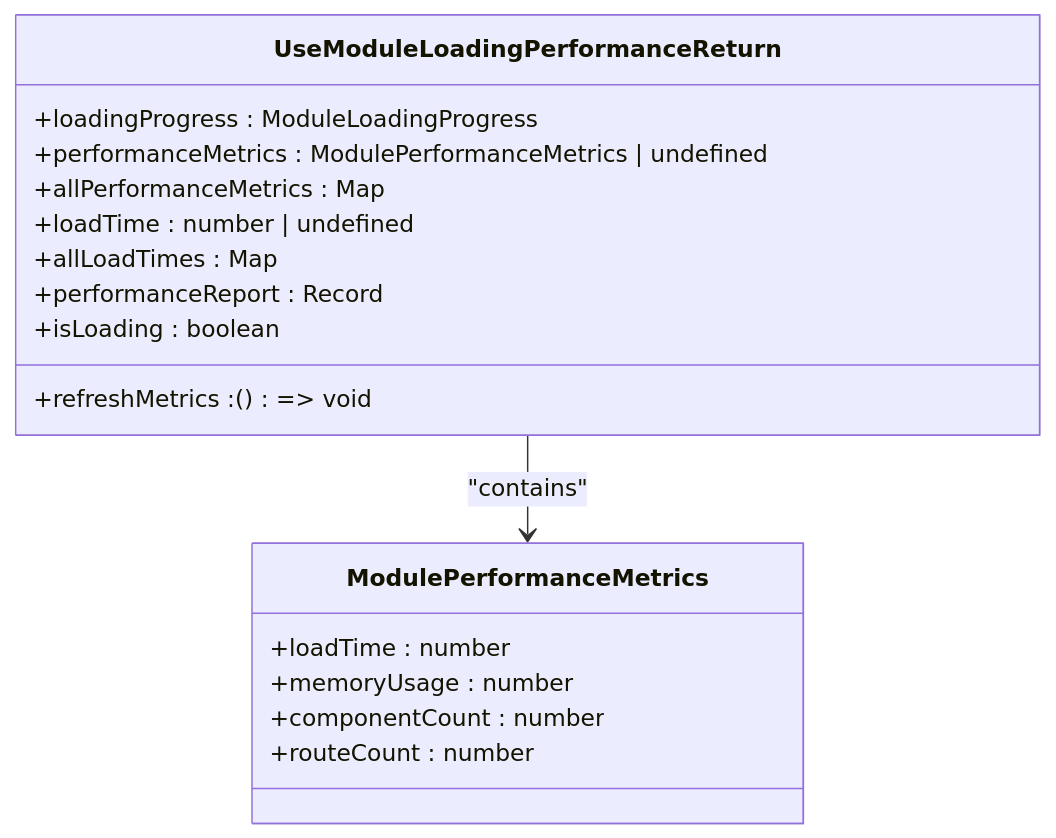
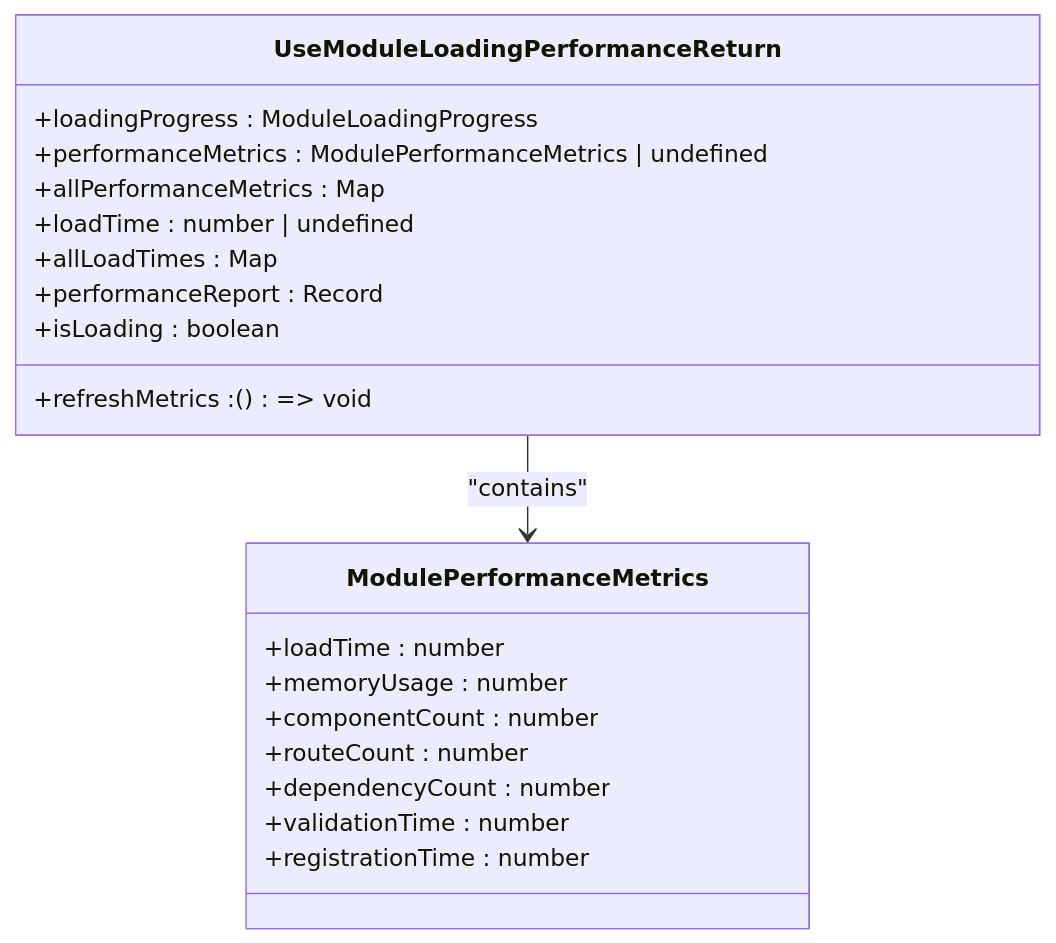
The fifth of 8 diagrams in .qoder/repowiki/en/content/Architecture Overview/Modular Architecture/Module System Overview/Dynamic Module Loading.md (geniusdynamics/schoolpilot), drawn with Mermaid before and after one commit. The commit also changed other lines of this file and 760 other files, not shown here.

````diff
--- a/.qoder/repowiki/en/content/Architecture Overview/Modular Architecture/Module System Overview/Dynamic Module Loading.md
+++ b/.qoder/repowiki/en/content/Architecture Overview/Modular Architecture/Module System Overview/Dynamic Module Loading.md
@@ -198,20 +427,23 @@
 ```mermaid
 classDiagram
 class UseModuleLoadingPerformanceReturn {
 +loadingProgress : ModuleLoadingProgress
 +performanceMetrics : ModulePerformanceMetrics | undefined
 +allPerformanceMetrics : Map<string, ModulePerformanceMetrics>
 +loadTime : number | undefined
 +allLoadTimes : Map<string, number>
 +performanceReport : Record<string, any>
 +isLoading : boolean
 +refreshMetrics : () => void
 }
 class ModulePerformanceMetrics {
 +loadTime : number
 +memoryUsage : number
 +componentCount : number
 +routeCount : number
++dependencyCount : number
++validationTime : number
++registrationTime : number
 }
 UseModuleLoadingPerformanceReturn --> ModulePerformanceMetrics : "contains"
 ```
````
